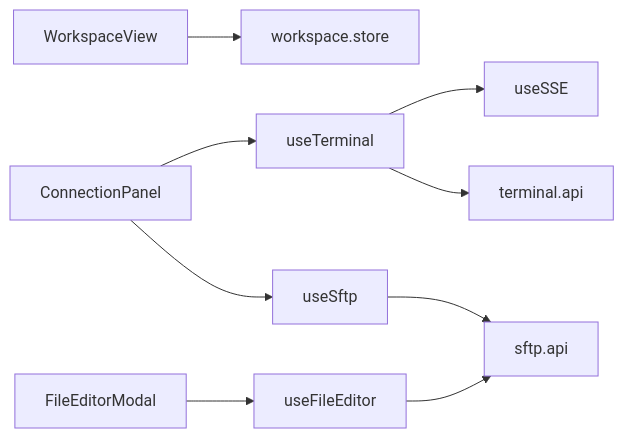
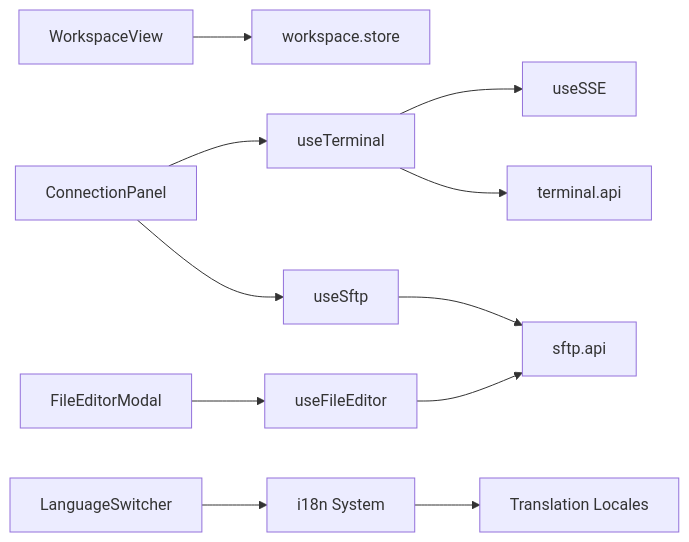
The tenth of 10 diagrams in .qoder/repowiki/en/content/Frontend Application Architecture/Frontend Application Architecture.md (alickjoe/webterm), drawn with Mermaid before and after one commit. The commit also changed other lines of this file and 3 other files, not shown here.

First line of the commit message:
docs(architecture): 更新架构概览文档内容排版和格式

````diff
--- a/.qoder/repowiki/en/content/Frontend Application Architecture/Frontend Application Architecture.md
+++ b/.qoder/repowiki/en/content/Frontend Application Architecture/Frontend Application Architecture.md
@@ -418,11 +494,13 @@
 ```mermaid
 graph LR
 WS["WorkspaceView"] --> WSS["workspace.store"]
 CP["ConnectionPanel"] --> Term["useTerminal"]
 CP --> SFTP["useSftp"]
 FE["FileEditorModal"] --> File["useFileEditor"]
 Term --> SSE["useSSE"]
 Term --> API_T["terminal.api"]
 SFTP --> API_S["sftp.api"]
 File --> API_S
+LS["LanguageSwitcher"] --> I18N["i18n System"]
+I18N --> Locales["Translation Locales"]
 ```
````
